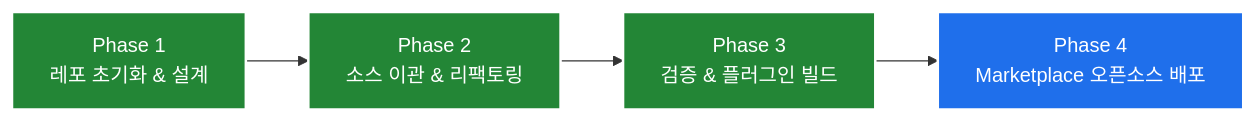
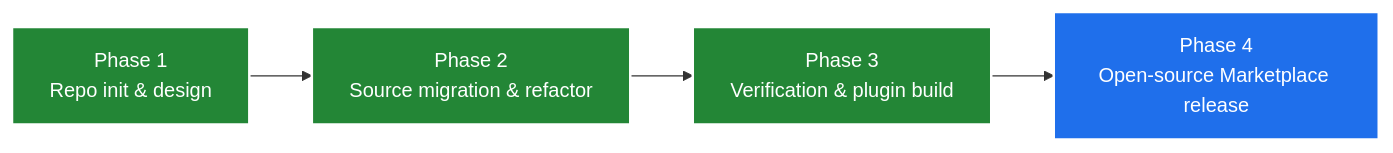
The diagram in README.md (sweetpark/mybatis-sql-tuner-ai), drawn with Mermaid before and after one commit. The commit also changed other lines of this file and 7 other files, not shown here.

````diff
--- a/README.md
+++ b/README.md
@@ -119,10 +121,10 @@
 ```mermaid
 graph LR
-    P1["Phase 1<br/>레포 초기화 & 설계"] --> P2["Phase 2<br/>소스 이관 & 리팩토링"]
-    P2 --> P3["Phase 3<br/>검증 & 플러그인 빌드"]
-    P3 --> P4["Phase 4<br/>Marketplace 오픈소스 배포"]
+    P1["Phase 1<br/>Repo init & design"] --> P2["Phase 2<br/>Source migration & refactor"]
+    P2 --> P3["Phase 3<br/>Verification & plugin build"]
+    P3 --> P4["Phase 4<br/>Open-source Marketplace release"]
     style P1 fill:#238636,stroke:#fff,stroke-width:2px,color:#fff
     style P2 fill:#238636,stroke:#fff,stroke-width:2px,color:#fff
     style P3 fill:#238636,stroke:#fff,stroke-width:2px,color:#fff
     style P4 fill:#1f6feb,stroke:#fff,stroke-width:2px,color:#fff
 ```
````
